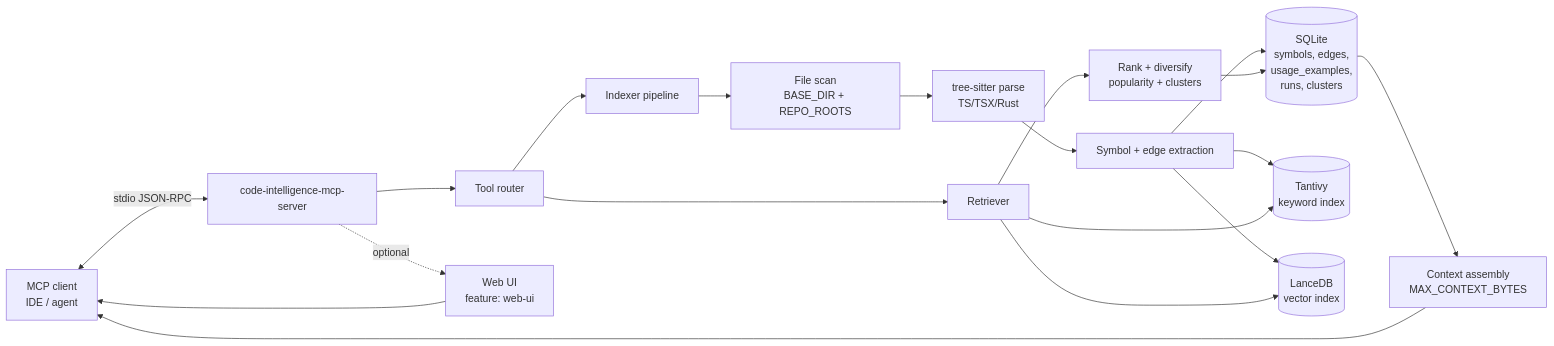
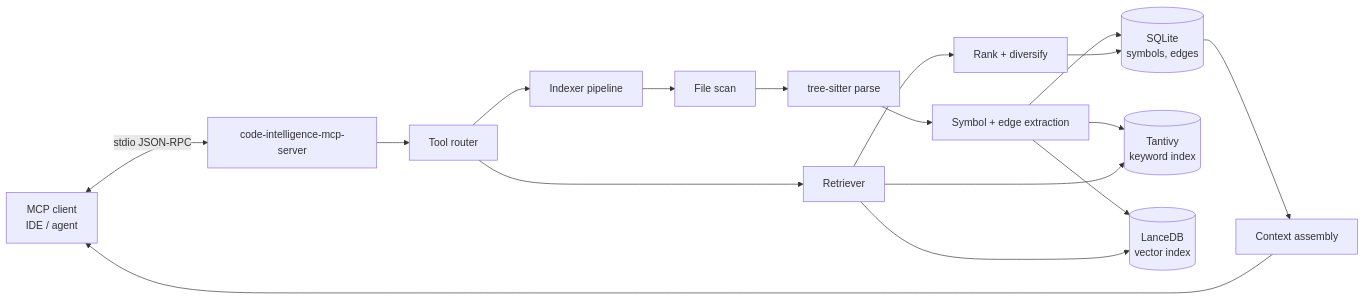
Before and after one commit to iceinvein/code_intelligence_mcp_server: the diagram in README.md, drawn with Mermaid. The commit also changed other lines of this file and 4 other files, not shown here.

````diff
--- a/README.md
+++ b/README.md
@@ -28,26 +101,23 @@
 ```mermaid
 flowchart LR
   Client[MCP client<br/>IDE / agent] <-- stdio JSON-RPC --> Server[code-intelligence-mcp-server]
 
   Server --> Tools[Tool router]
   Tools --> Index[Indexer pipeline]
   Tools --> Retrieve[Retriever]
 
-  Index --> Scan[File scan<br/>BASE_DIR + REPO_ROOTS]
-  Scan --> Parse[tree-sitter parse<br/>TS/TSX/Rust]
+  Index --> Scan[File scan]
+  Scan --> Parse[tree-sitter parse]
   Parse --> Extract[Symbol + edge extraction]
 
-  Extract --> SQLite[(SQLite<br/>symbols, edges,<br/>usage_examples,<br/>runs, clusters)]
+  Extract --> SQLite[(SQLite<br/>symbols, edges)]
   Extract --> Tantivy[(Tantivy<br/>keyword index)]
   Extract --> Lance[(LanceDB<br/>vector index)]
 
   Retrieve --> Tantivy
   Retrieve --> Lance
-  Retrieve --> Rank["Rank + diversify<br/>popularity + clusters"]
+  Retrieve --> Rank["Rank + diversify"]
   Rank --> SQLite
-  SQLite --> Context[Context assembly<br/>MAX_CONTEXT_BYTES]
+  SQLite --> Context[Context assembly]
   Context --> Client
-
-  Server -. optional .-> WebUI[Web UI<br/>feature: web-ui]
-  WebUI --> Client
 ```
````
